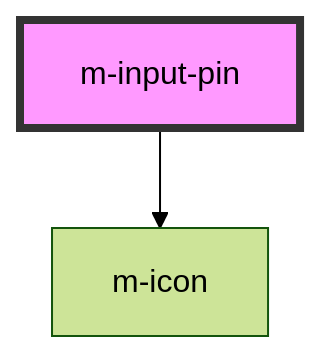
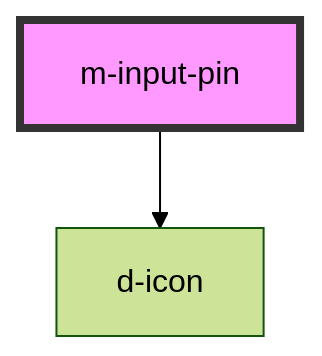
Before and after one commit to dynamic-framework/dynamic-ui: the diagram in libraries/dynamic-ui/src/components/m-input-pin/readme.md, drawn with Mermaid (forest theme). The commit also changed other lines of this file and 54 other files, not shown here.

````diff
--- a/libraries/dynamic-ui/src/components/m-input-pin/readme.md
+++ b/libraries/dynamic-ui/src/components/m-input-pin/readme.md
@@ -46,5 +46,5 @@
 ```mermaid
 graph TD;
-  m-input-pin --> m-icon
+  m-input-pin --> d-icon
   style m-input-pin fill:#f9f,stroke:#333,stroke-width:4px
 ```
````
